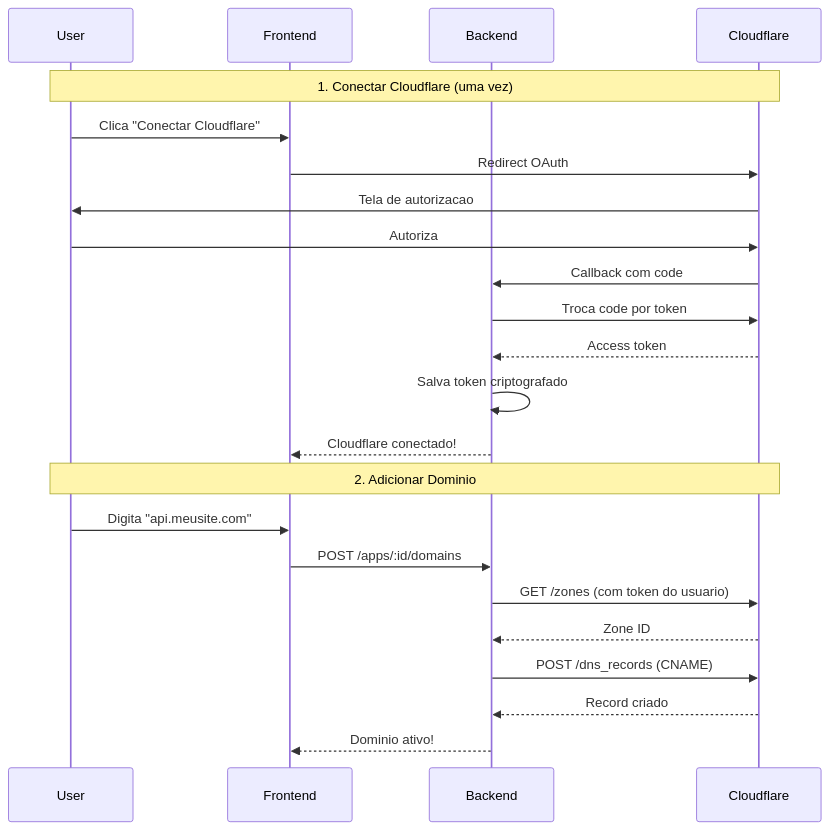
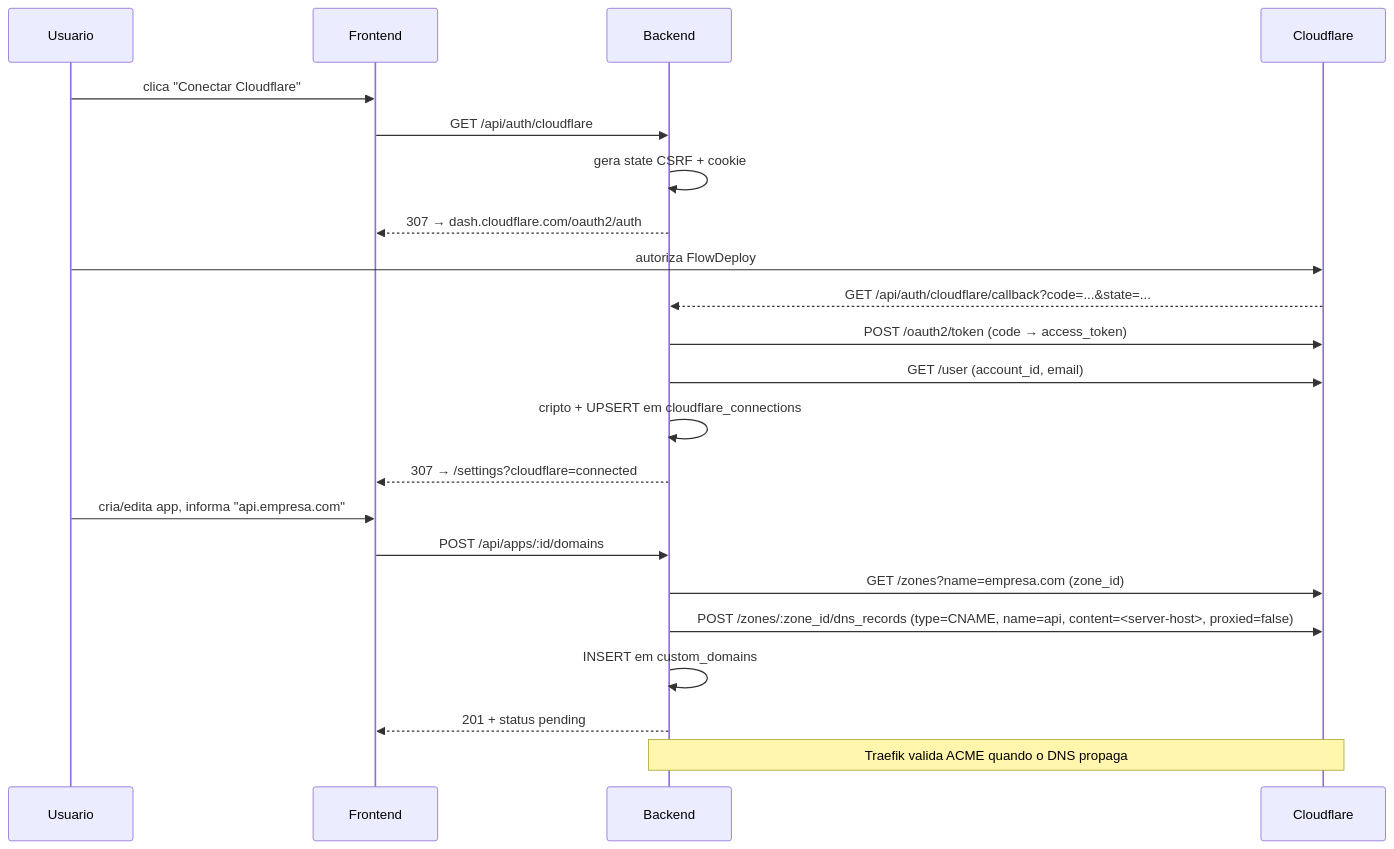
The diagram in docs/AUTO_DNS_CONFIGURATION.md (rafaeljfec2/connexto-vps-deploy-paas), drawn with Mermaid before and after one commit. The commit also changed other lines of this file and 55 other files, not shown here.

````diff
--- a/docs/AUTO_DNS_CONFIGURATION.md
+++ b/docs/AUTO_DNS_CONFIGURATION.md
@@ -14,27 +28,26 @@
 ```mermaid
 sequenceDiagram
-    participant User
-    participant Frontend
-    participant Backend
-    participant Cloudflare
+  participant U as Usuario
+  participant FE as Frontend
+  participant BE as Backend
+  participant CF as Cloudflare
 
-    Note over User,Cloudflare: 1. Conectar Cloudflare (uma vez)
-    User->>Frontend: Clica "Conectar Cloudflare"
-    Frontend->>Cloudflare: Redirect OAuth
-    Cloudflare->>User: Tela de autorizacao
-    User->>Cloudflare: Autoriza
-    Cloudflare->>Backend: Callback com code
-    Backend->>Cloudflare: Troca code por token
-    Cloudflare-->>Backend: Access token
-    Backend->>Backend: Salva token criptografado
-    Backend-->>Frontend: Cloudflare conectado!
+  U->>FE: clica "Conectar Cloudflare"
+  FE->>BE: GET /api/auth/cloudflare
+  BE->>BE: gera state CSRF + cookie
+  BE-->>FE: 307 → dash.cloudflare.com/oauth2/auth
+  U->>CF: autoriza FlowDeploy
+  CF-->>BE: GET /api/auth/cloudflare/callback?code=...&state=...
+  BE->>CF: POST /oauth2/token (code → access_token)
+  BE->>CF: GET /user (account_id, email)
+  BE->>BE: cripto + UPSERT em cloudflare_connections
+  BE-->>FE: 307 → /settings?cloudflare=connected
 
-    Note over User,Cloudflare: 2. Adicionar Dominio
-    User->>Frontend: Digita "api.meusite.com"
-    Frontend->>Backend: POST /apps/:id/domains
-    Backend->>Cloudflare: GET /zones (com token do usuario)
-    Cloudflare-->>Backend: Zone ID
-    Backend->>Cloudflare: POST /dns_records (CNAME)
-    Cloudflare-->>Backend: Record criado
-    Backend-->>Frontend: Dominio ativo!
+  U->>FE: cria/edita app, informa "api.empresa.com"
+  FE->>BE: POST /api/apps/:id/domains
+  BE->>CF: GET /zones?name=empresa.com  (zone_id)
+  BE->>CF: POST /zones/:zone_id/dns_records (type=CNAME, name=api, content=<server-host>, proxied=false)
+  BE->>BE: INSERT em custom_domains
+  BE-->>FE: 201 + status pending
+  Note over BE,CF: Traefik valida ACME quando o DNS propaga
 ```
````
